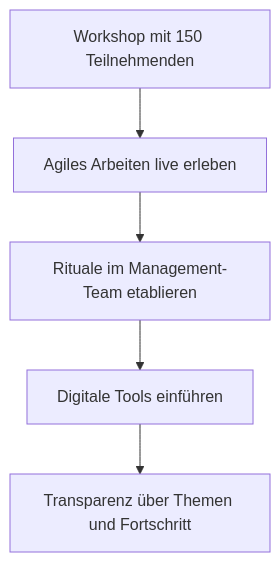
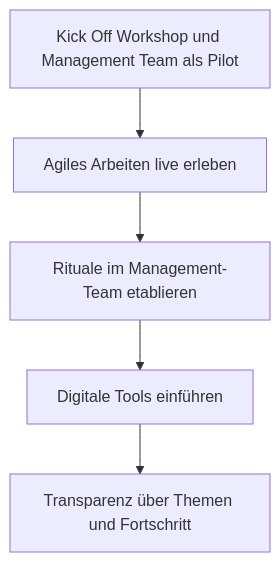
One commit to AnnetteKornmann/AnnetteKornmann changed the diagram in projects/04-agile-transformation/README.md. Above: the diagram before and after it, drawn with Mermaid.

````diff
--- a/projects/04-agile-transformation/README.md
+++ b/projects/04-agile-transformation/README.md
@@ -23,7 +23,7 @@
 ```mermaid
 flowchart TD
-    A["Workshop mit 150 Teilnehmenden"] --> B["Agiles Arbeiten live erleben"]
+    A["Kick Off Workshop und Management Team als Pilot"] --> B["Agiles Arbeiten live erleben"]
     B --> C["Rituale im Management-Team etablieren"]
     C --> D["Digitale Tools einführen"]
     D --> E["Transparenz über Themen und Fortschritt"]
 ```
````
